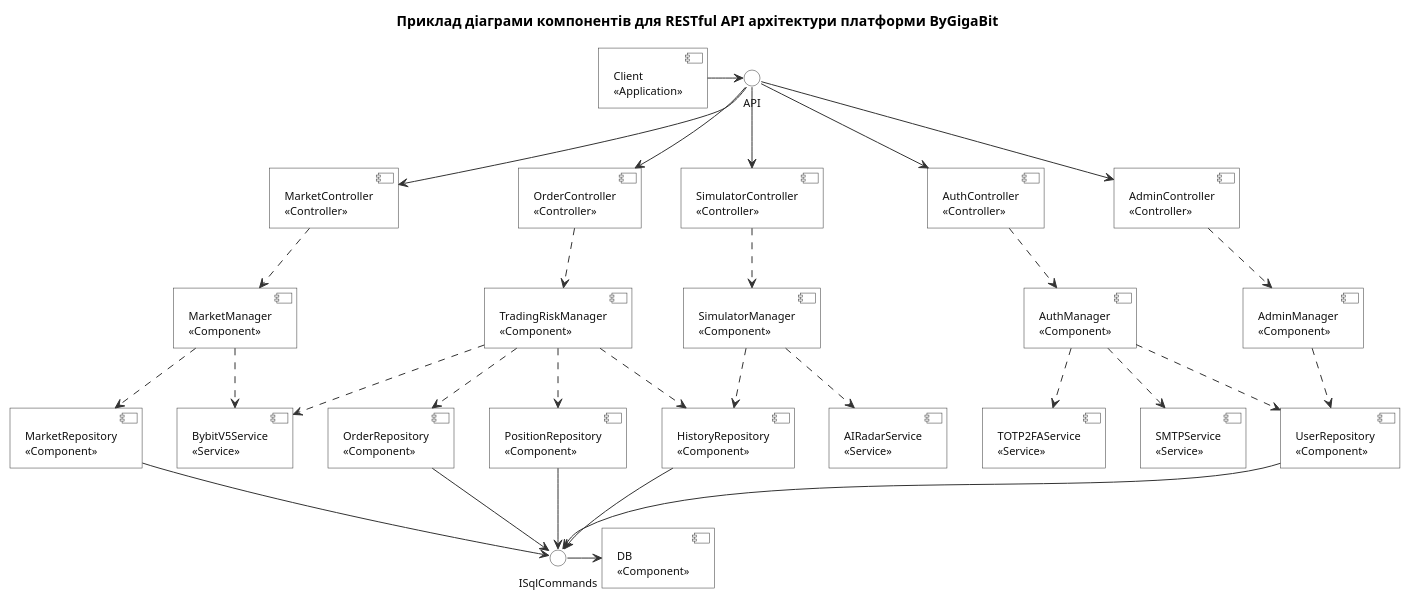
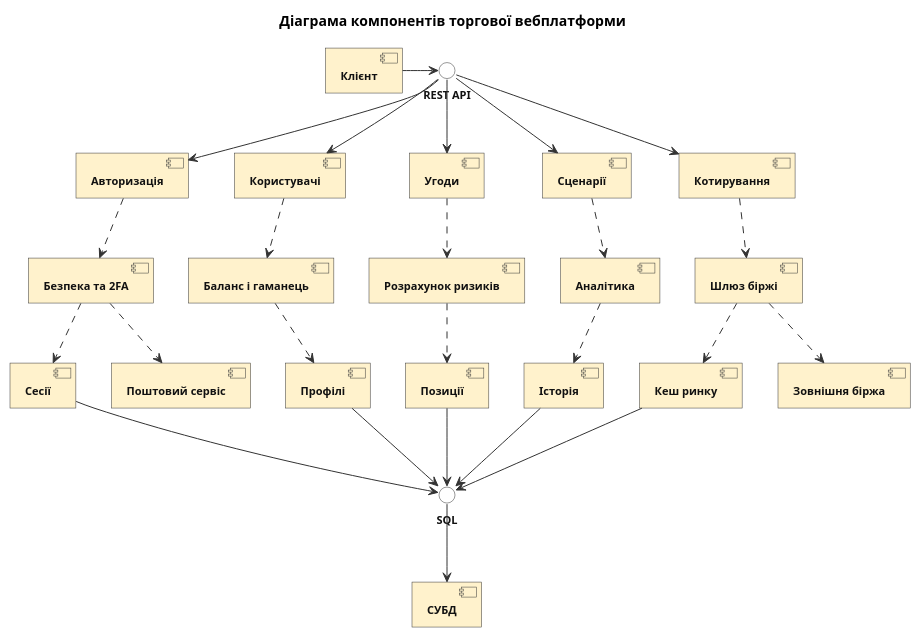
Before and after one commit to Hast1k/bygigabit: the diagram in diagrams/puml/04_component_diagram.puml, drawn with PlantUML. The commit also changed 43 other files, not shown here.

Commit message:
docs(diagrams): Refactor diagrams with dual use case, generalized names, single state flow, and clean labels

```diff
--- a/diagrams/puml/04_component_diagram.puml
+++ b/diagrams/puml/04_component_diagram.puml
@@ -1,92 +1,87 @@
 @startuml
 skinparam backgroundColor #FFFFFF
 skinparam defaultFontName Arial
 skinparam defaultFontSize 11
 skinparam roundCorner 0
 skinparam shadowing false
 
 skinparam component {
     borderColor #333333
-    backgroundColor #FFFFFF
+    backgroundColor #FFF2CC
     fontColor #111111
+    fontStyle bold
 }
 skinparam interface {
     borderColor #333333
     backgroundColor #FFFFFF
     fontColor #111111
+    fontStyle bold
 }
 skinparam arrow {
     color #333333
 }
 
-title **Приклад діаграми компонентів для RESTful API архітектури платформи ByGigaBit**
+title **Діаграма компонентів торгової вебплатформи**
 
-[Client\n<<Application>>] as Client
+[Клієнт] as Client
 
-interface "API" as API_Int
-interface "ISqlCommands" as SQL_Int
+interface "REST API" as API_Int
+interface "SQL" as SQL_Int
 
 Client -right-> API_Int
 
-' Колонка 1: Контролери платформи ByGigaBit
-[MarketController\n<<Controller>>] as C_Market
-[OrderController\n<<Controller>>] as C_Order
-[AuthController\n<<Controller>>] as C_Auth
-[SimulatorController\n<<Controller>>] as C_Sim
-[AdminController\n<<Controller>>] as C_Admin
+' Колонка 1: Основні функціональні модулі
+[Авторизація] as C_Auth
+[Користувачі] as C_Users
+[Угоди] as C_Order
+[Сценарії] as C_Sim
+[Котирування] as C_Market
 
+API_Int --> C_Auth
+API_Int --> C_Users
+API_Int --> C_Order
+API_Int --> C_Sim
 API_Int --> C_Market
-API_Int --> C_Order
-API_Int --> C_Auth
-API_Int --> C_Sim
-API_Int --> C_Admin
 
-' Колонка 2: Бізнес-менеджери та рушії
-[MarketManager\n<<Component>>] as M_Market
-[TradingRiskManager\n<<Component>>] as M_Order
-[AuthManager\n<<Component>>] as M_Auth
-[SimulatorManager\n<<Component>>] as M_Sim
-[AdminManager\n<<Component>>] as M_Admin
+' Колонка 2: Обробка бізнес-логіки
+[Безпека та 2FA] as M_Auth
+[Баланс і гаманець] as M_Users
+[Розрахунок ризиків] as M_Order
+[Аналітика] as M_Sim
+[Шлюз біржі] as M_Market
 
+C_Auth ..> M_Auth
+C_Users ..> M_Users
+C_Order ..> M_Order
+C_Sim ..> M_Sim
 C_Market ..> M_Market
-C_Order ..> M_Order
-C_Auth ..> M_Auth
-C_Sim ..> M_Sim
-C_Admin ..> M_Admin
 
-' Колонка 3: Репозиторії доступу до даних (SQLAlchemy ORM)
-[MarketRepository\n<<Component>>] as R_Market
-[PositionRepository\n<<Component>>] as R_Position
-[OrderRepository\n<<Component>>] as R_Order
-[UserRepository\n<<Component>>] as R_User
-[HistoryRepository\n<<Component>>] as R_History
+' Колонка 3: Компоненти збереження даних
+[Сесії] as R_Auth
+[Профілі] as R_Users
+[Позиції] as R_Order
+[Історія] as R_Hist
+[Кеш ринку] as R_Market
 
+M_Auth ..> R_Auth
+M_Users ..> R_Users
+M_Order ..> R_Order
+M_Sim ..> R_Hist
 M_Market ..> R_Market
-M_Order ..> R_Position
-M_Order ..> R_Order
-M_Auth ..> R_User
-M_Admin ..> R_User
-M_Order ..> R_History
-M_Sim ..> R_History
 
+R_Auth --> SQL_Int
+R_Users --> SQL_Int
+R_Order --> SQL_Int
+R_Hist --> SQL_Int
 R_Market --> SQL_Int
-R_Position --> SQL_Int
-R_Order --> SQL_Int
-R_User --> SQL_Int
-R_History --> SQL_Int
 
-[DB\n<<Component>>] as DB
-SQL_Int -right-> DB
+[СУБД] as DB
+SQL_Int --> DB
 
-' Нижня панель зовнішніх та допоміжних сервісів
-[BybitV5Service\n<<Service>>] as S_Bybit
-[TOTP2FAService\n<<Service>>] as S_2FA
-[SMTPService\n<<Service>>] as S_SMTP
-[AIRadarService\n<<Service>>] as S_AI
+' Зовнішні сервіси
+[Поштовий сервіс] as S_Mail
+[Зовнішня біржа] as S_Exchange
 
-M_Market ..> S_Bybit
-M_Order ..> S_Bybit
-M_Auth ..> S_2FA
-M_Auth ..> S_SMTP
-M_Sim ..> S_AI
+M_Auth ..> S_Mail
+M_Market ..> S_Exchange
 @enduml
```
